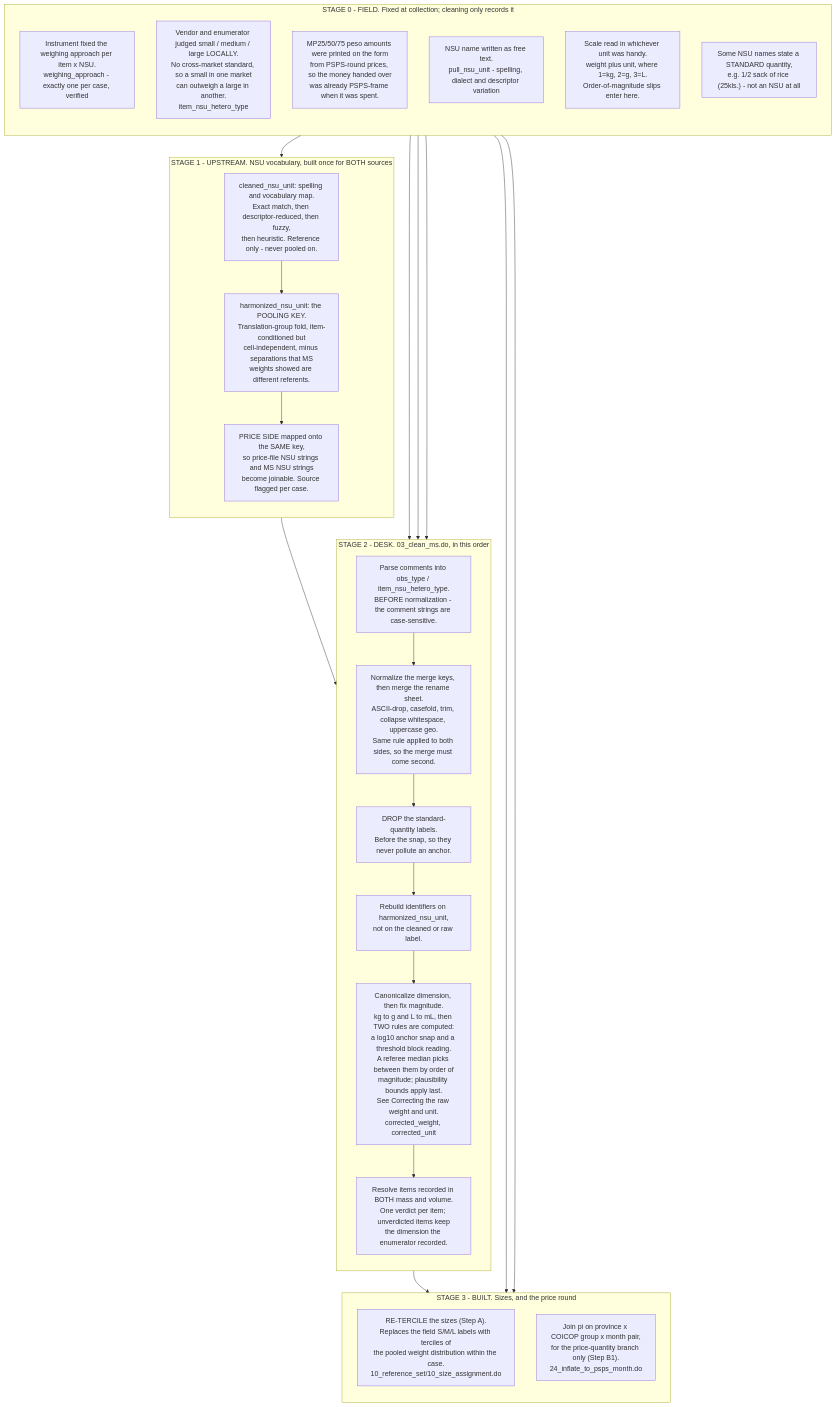
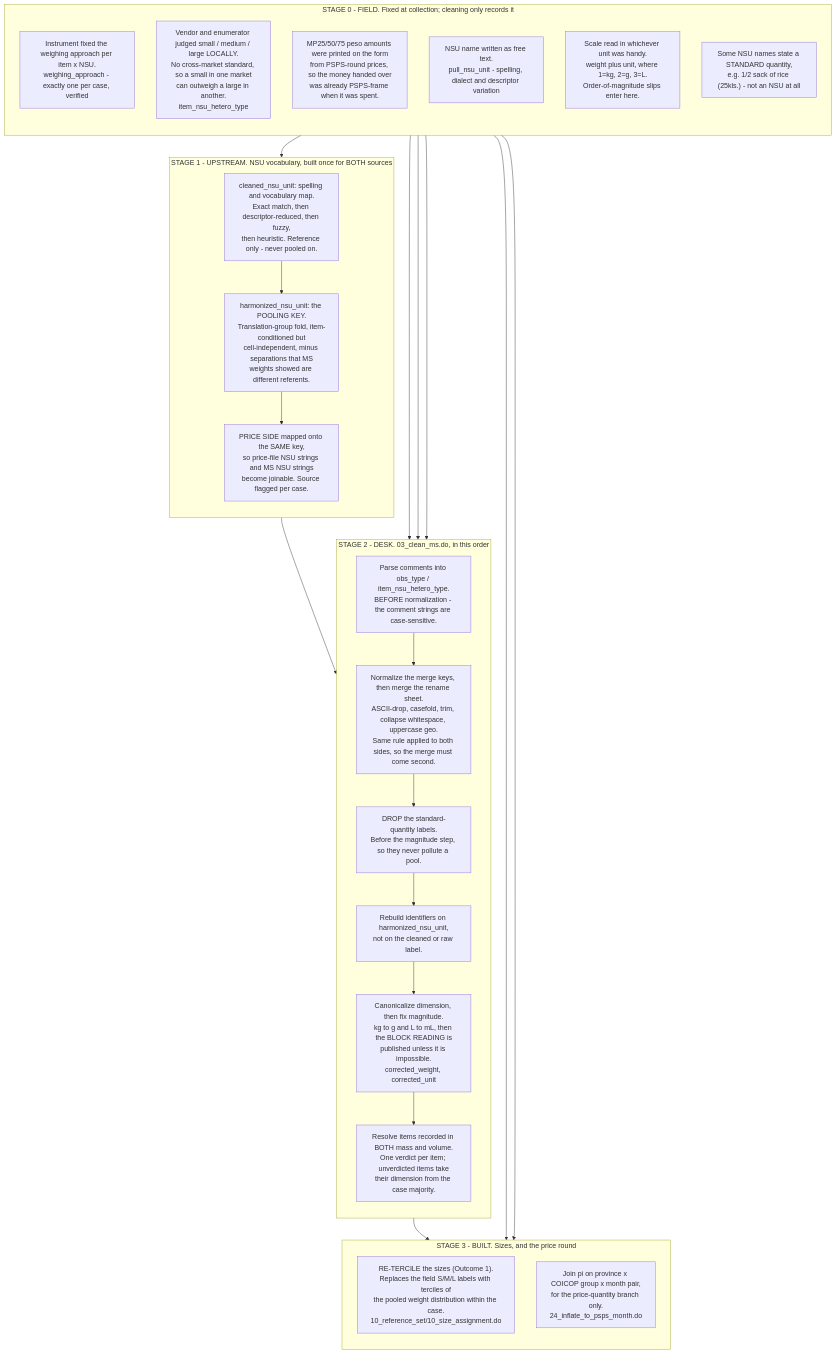
The second of 2 diagrams in docs/conversion_factor_methodology.md (Shineyang03/nsu-market-survey-cleaning), drawn with Mermaid before and after one commit. The commit also changed other lines of this file and 28 other files, not shown here.

````diff
--- a/docs/conversion_factor_methodology.md
+++ b/docs/conversion_factor_methodology.md
@@ -154,46 +239,46 @@
 ```mermaid
 flowchart TB
     subgraph FIELD["STAGE 0 - FIELD. Fixed at collection; cleaning only records it"]
         direction TB
         F1["Instrument fixed the weighing approach per item x NSU.<br/>weighing_approach - exactly one per case, verified"]
         F2["Vendor and enumerator judged small / medium / large LOCALLY.<br/>No cross-market standard, so a small in one market<br/>can outweigh a large in another.<br/>item_nsu_hetero_type"]
         F3["MP25/50/75 peso amounts were printed on the form<br/>from PSPS-round prices, so the money handed over<br/>was already PSPS-frame when it was spent."]
         F4["NSU name written as free text.<br/>pull_nsu_unit - spelling, dialect and descriptor variation"]
         F5["Scale read in whichever unit was handy.<br/>weight plus unit, where 1=kg, 2=g, 3=L.<br/>Order-of-magnitude slips enter here."]
         F6["Some NSU names state a STANDARD quantity,<br/>e.g. 1/2 sack of rice (25kls.) - not an NSU at all"]
     end
 
     subgraph UP["STAGE 1 - UPSTREAM. NSU vocabulary, built once for BOTH sources"]
         direction TB
         U1["cleaned_nsu_unit: spelling and vocabulary map.<br/>Exact match, then descriptor-reduced, then fuzzy,<br/>then heuristic. Reference only - never pooled on."]
         U2["harmonized_nsu_unit: the POOLING KEY.<br/>Translation-group fold, item-conditioned but<br/>cell-independent, minus separations that MS<br/>weights showed are different referents."]
         U3["PRICE SIDE mapped onto the SAME key,<br/>so price-file NSU strings and MS NSU strings<br/>become joinable. Source flagged per case."]
         U1 --> U2 --> U3
     end
 
     subgraph DESK["STAGE 2 - DESK. 03_clean_ms.do, in this order"]
         direction TB
         D1["Parse comments into obs_type / item_nsu_hetero_type.<br/>BEFORE normalization - the comment strings are case-sensitive."]
         D2["Normalize the merge keys, then merge the rename sheet.<br/>ASCII-drop, casefold, trim, collapse whitespace, uppercase geo.<br/>Same rule applied to both sides, so the merge must come second."]
-        D3["DROP the standard-quantity labels.<br/>Before the snap, so they never pollute an anchor."]
+        D3["DROP the standard-quantity labels.<br/>Before the magnitude step, so they never pollute a pool."]
         D4["Rebuild identifiers on harmonized_nsu_unit,<br/>not on the cleaned or raw label."]
-        D5["Canonicalize dimension, then fix magnitude.<br/>kg to g and L to mL, then TWO rules are computed:<br/>a log10 anchor snap and a threshold block reading.<br/>A referee median picks between them by order of<br/>magnitude; plausibility bounds apply last.<br/>See Correcting the raw weight and unit.<br/>corrected_weight, corrected_unit"]
-        D6["Resolve items recorded in BOTH mass and volume.<br/>One verdict per item; unverdicted items keep<br/>the dimension the enumerator recorded."]
+        D5["Canonicalize dimension, then fix magnitude.<br/>kg to g and L to mL, then the BLOCK READING is<br/>published unless it is impossible.<br/>corrected_weight, corrected_unit"]
+        D6["Resolve items recorded in BOTH mass and volume.<br/>One verdict per item; unverdicted items take<br/>their dimension from the case majority."]
         D1 --> D2 --> D3 --> D4 --> D5 --> D6
     end
 
     subgraph PEND["STAGE 3 - BUILT. Sizes, and the price round"]
         direction TB
-        P1["RE-TERCILE the sizes (Step A).<br/>Replaces the field S/M/L labels with terciles of<br/>the pooled weight distribution within the case.<br/>10_reference_set/10_size_assignment.do"]
-        P2["Join pi on province x COICOP group x month pair,<br/>for the price-quantity branch only (Step B1).<br/>24_inflate_to_psps_month.do"]
+        P1["RE-TERCILE the sizes (Outcome 1).<br/>Replaces the field S/M/L labels with terciles of<br/>the pooled weight distribution within the case.<br/>10_reference_set/10_size_assignment.do"]
+        P2["Join pi on province x COICOP group x month pair,<br/>for the price-quantity branch only.<br/>24_inflate_to_psps_month.do"]
     end
 
     F4 --> U1
     F6 --> D3
     F5 --> D5
     U3 --> D2
     F1 --> D1
     D6 --> P1
     F2 --> P1
     F3 --> P2
 ```
````
